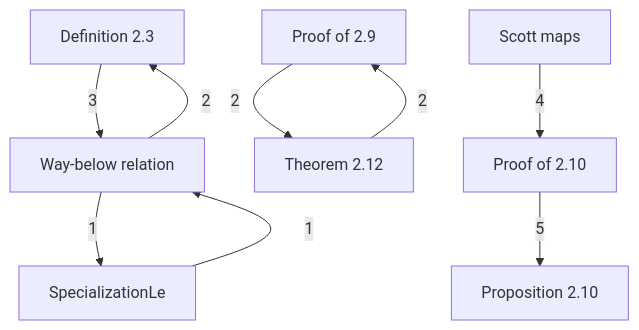
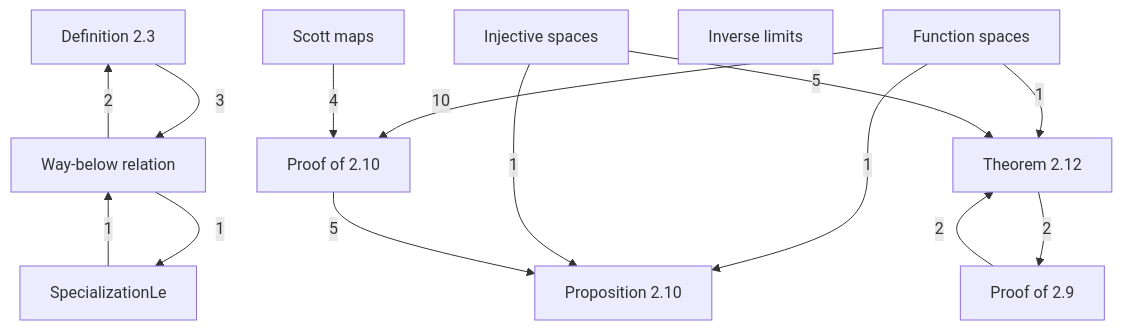
One commit to catskillsresearch/DomainTheory changed the diagram in DomainTheory/ContinuousLattice/1972_2_Continuous_lattices.mermaid. Above: the diagram before and after it, drawn with Mermaid. The commit also changed 178 other files, not shown here.

First line of the commit message:
Improve 1972 PDF build, mermaid section imports, and note hierarchy.

```diff
--- a/DomainTheory/ContinuousLattice/1972_2_Continuous_lattices.mermaid
+++ b/DomainTheory/ContinuousLattice/1972_2_Continuous_lattices.mermaid
@@ -1,22 +1,30 @@
-%% Lean files imported under this note.
+%% Outline notes in this section; INJ/CL/FS/LIM are other 1972 chapter sections.
 %% Arrowhead on the importer. The number is a direct-import count.
 %% An arrow already implied by a longer path is omitted.
 flowchart TB
 
   Definition_2_3["Definition 2.3"]
+  FS["Function spaces"]
+  INJ["Injective spaces"]
+  LIM["Inverse limits"]
   Proof_of_2_10["Proof of 2.10"]
   Proof_of_2_9["Proof of 2.9"]
   Proposition_2_10["Proposition 2.10"]
   Scott_maps["Scott maps"]
   Specialization_SpecializationLe["SpecializationLe"]
   Theorem_2_12["Theorem 2.12"]
   Way_below_relation["Way-below relation"]
 
   Way_below_relation -->|"2"| Definition_2_3
+  FS -->|"10"| Proof_of_2_10
   Scott_maps -->|"4"| Proof_of_2_10
   Theorem_2_12 -->|"2"| Proof_of_2_9
+  FS -->|"1"| Proposition_2_10
+  INJ -->|"1"| Proposition_2_10
   Proof_of_2_10 -->|"5"| Proposition_2_10
   Way_below_relation -->|"1"| Specialization_SpecializationLe
+  FS -->|"1"| Theorem_2_12
+  INJ -->|"5"| Theorem_2_12
   Proof_of_2_9 -->|"2"| Theorem_2_12
   Definition_2_3 -->|"3"| Way_below_relation
   Specialization_SpecializationLe -->|"1"| Way_below_relation
```
